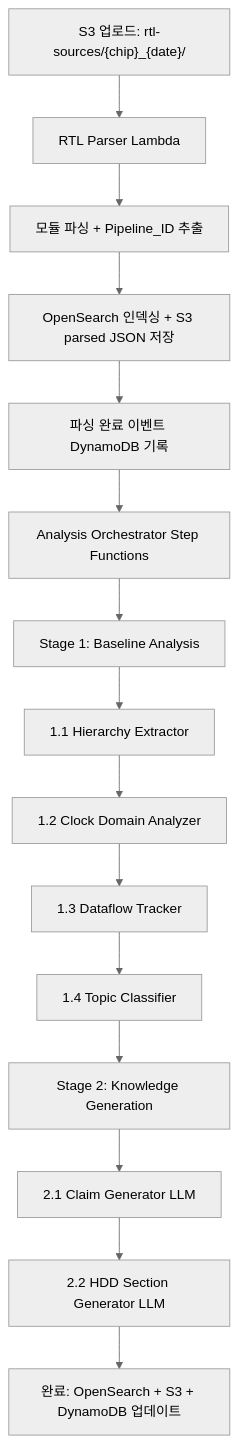
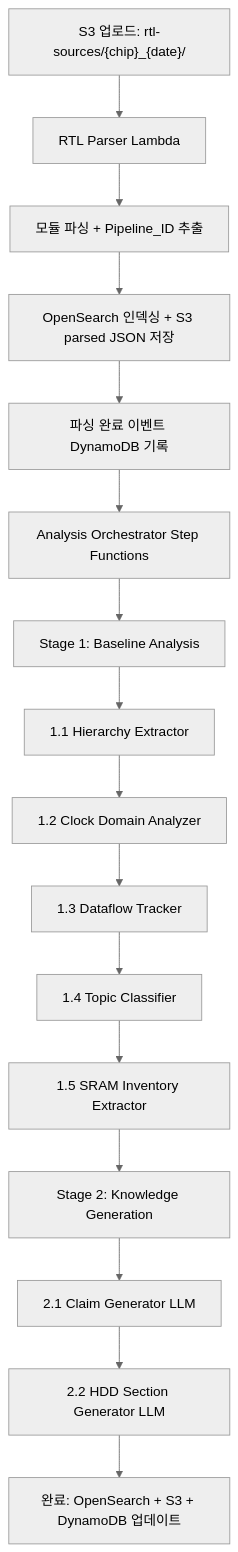
Before and after one commit to yota0227/aws_private_rag-public-: the first of 2 diagrams in .kiro/specs/rtl-auto-analysis-pipeline/design.md, drawn with Mermaid (neutral theme). The commit also changed other lines of this file and 2 other files, not shown here.

Commit message:
feat: update spec (design + tasks) for HDD deep analysis integration, chip_config timeout fix, SRAM inventory; add test_rtl to .gitignore

````diff
--- a/.kiro/specs/rtl-auto-analysis-pipeline/design.md
+++ b/.kiro/specs/rtl-auto-analysis-pipeline/design.md
@@ -73,17 +74,18 @@
 ```mermaid
 graph TD
     A["S3 업로드: rtl-sources/{chip}_{date}/"] --> B[RTL Parser Lambda]
     B --> B1[모듈 파싱 + Pipeline_ID 추출]
     B1 --> B2[OpenSearch 인덱싱 + S3 parsed JSON 저장]
     B2 --> C[파싱 완료 이벤트 DynamoDB 기록]
     C --> D[Analysis Orchestrator Step Functions]
     D --> E[Stage 1: Baseline Analysis]
     E --> E1[1.1 Hierarchy Extractor]
     E1 --> E2[1.2 Clock Domain Analyzer]
     E2 --> E3[1.3 Dataflow Tracker]
     E3 --> E4[1.4 Topic Classifier]
-    E4 --> F[Stage 2: Knowledge Generation]
+    E4 --> E5[1.5 SRAM Inventory Extractor]
+    E5 --> F[Stage 2: Knowledge Generation]
     F --> F1[2.1 Claim Generator LLM]
     F1 --> F2[2.2 HDD Section Generator LLM]
     F2 --> G[완료: OpenSearch + S3 + DynamoDB 업데이트]
 ```
````
